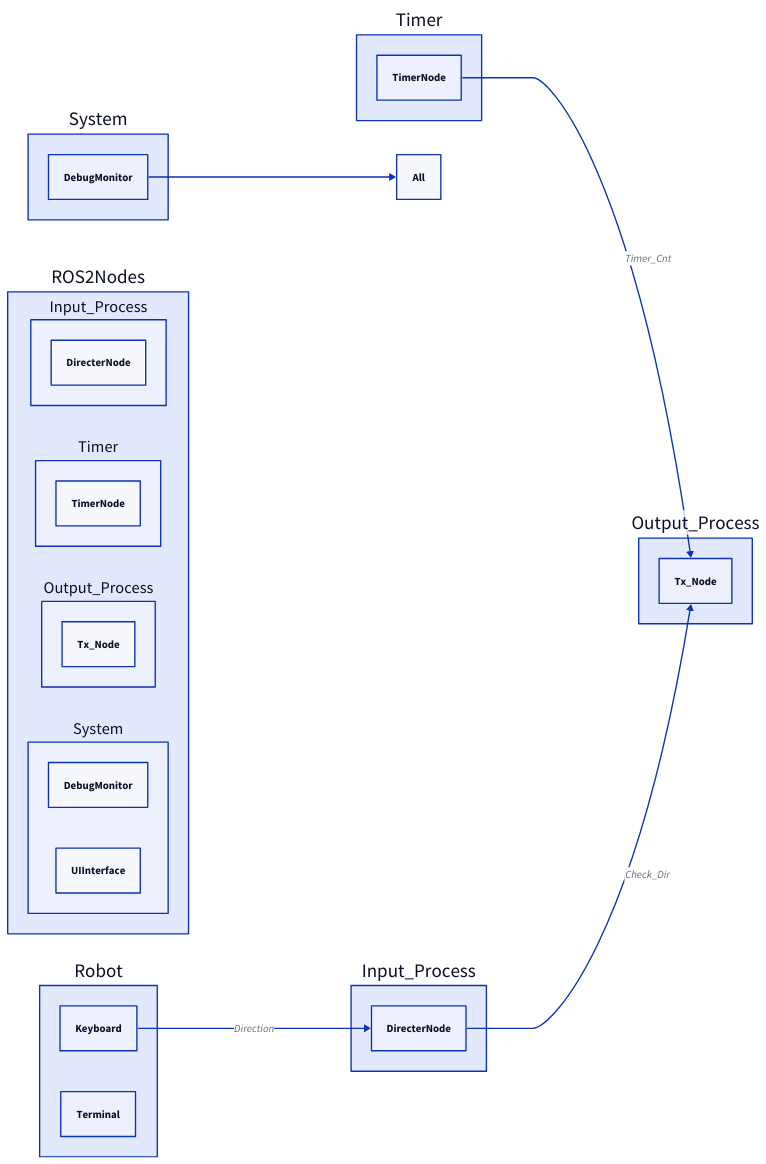
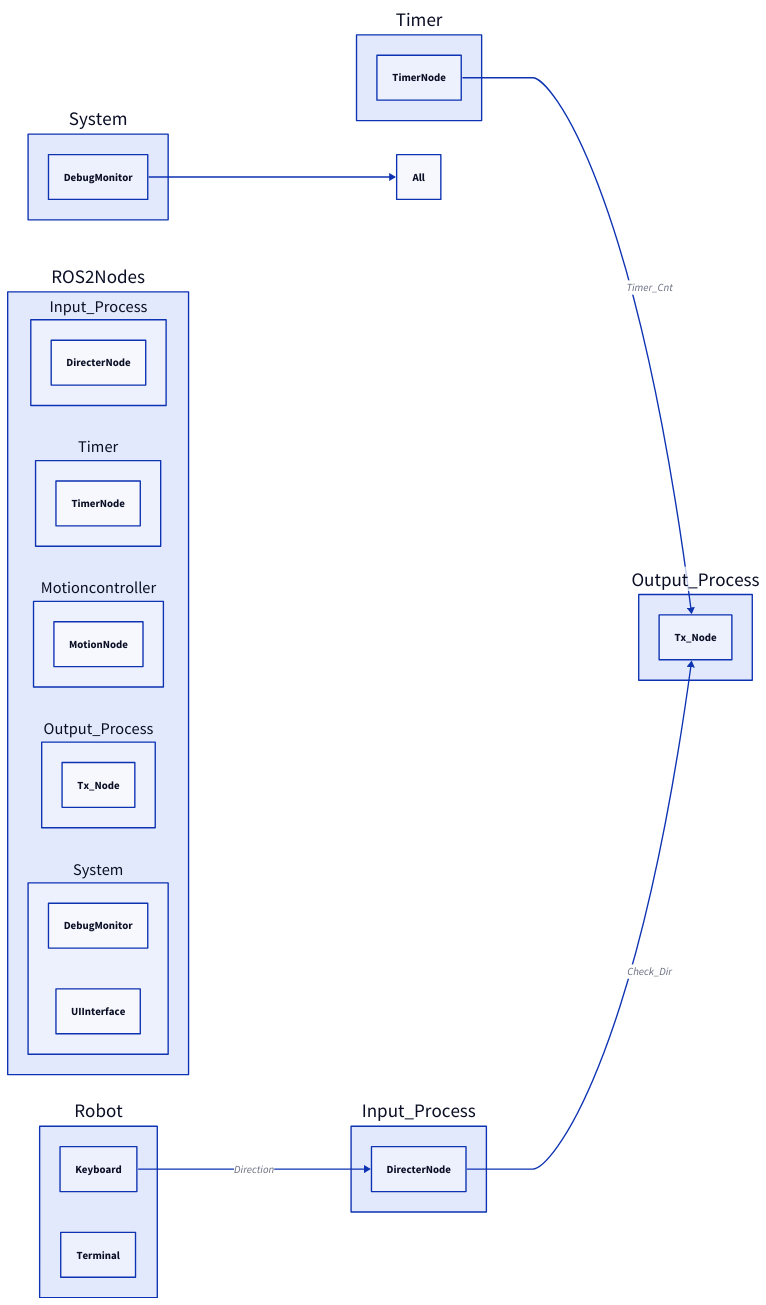
The diagram in Architecture/Dev_Project_01.d2 (Beomme0512/Ros2_Project), drawn with D2 before and after one commit.

Commit message:
Updating Achi

```diff
--- a/Architecture/Dev_Project_01.d2
+++ b/Architecture/Dev_Project_01.d2
@@ -1,37 +1,41 @@
 direction: right
 
 Robot {
     Keyboard
     Terminal
 }
 
 ROS2Nodes {
   Input_Process {
     DirecterNode
   }
   
   Timer {
     TimerNode
+  }
+
+  Motioncontroller {
+    MotionNode
   }
 
 
   Output_Process {
     Tx_Node
   }
 
   System {
     DebugMonitor
     UIInterface
   }
 }
 
 #message flow
 Robot.Keyboard -> Input_Process.DirecterNode : Direction
 
 Timer.TimerNode -> Output_Process.Tx_Node : Timer_Cnt
 Input_Process.DirecterNode -> Output_Process.Tx_Node : Check_Dir
 
 
 #Display
 #System.UIInterface -> PlanningNodes.GameStateManager
 System.DebugMonitor -> All
```
